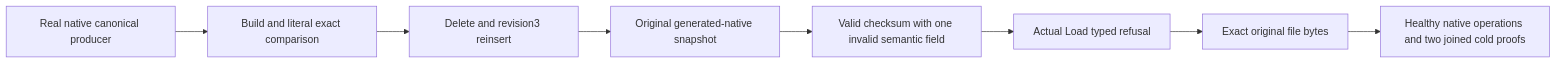
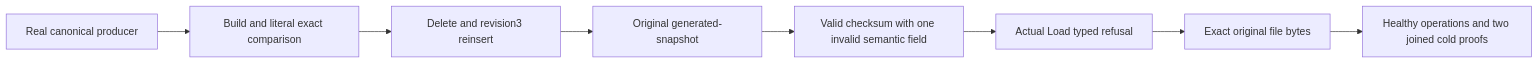
The diagram in docs/Features/Search/AnnProviderQualification.md (managedcode/KeyLoad), drawn with Mermaid before and after one commit. The commit also changed other lines of this file and 9016 other files, not shown here.

````diff
--- a/docs/Features/Search/AnnProviderQualification.md
+++ b/docs/Features/Search/AnnProviderQualification.md
@@ -22,10 +22,10 @@
 ```mermaid
 flowchart LR
-    Native[Real native canonical producer] --> Index[Build and literal exact comparison]
+    Execution[Real canonical producer] --> Index[Build and literal exact comparison]
     Index --> Change[Delete and revision3 reinsert]
-    Change --> Save[Original generated-native snapshot]
+    Change --> Save[Original generated-snapshot]
     Save --> Damage[Valid checksum with one invalid semantic field]
     Damage --> Refuse[Actual Load typed refusal]
     Refuse --> Repair[Exact original file bytes]
-    Repair --> Cold[Healthy native operations and two joined cold proofs]
+    Repair --> Cold[Healthy operations and two joined cold proofs]
 ```
````
